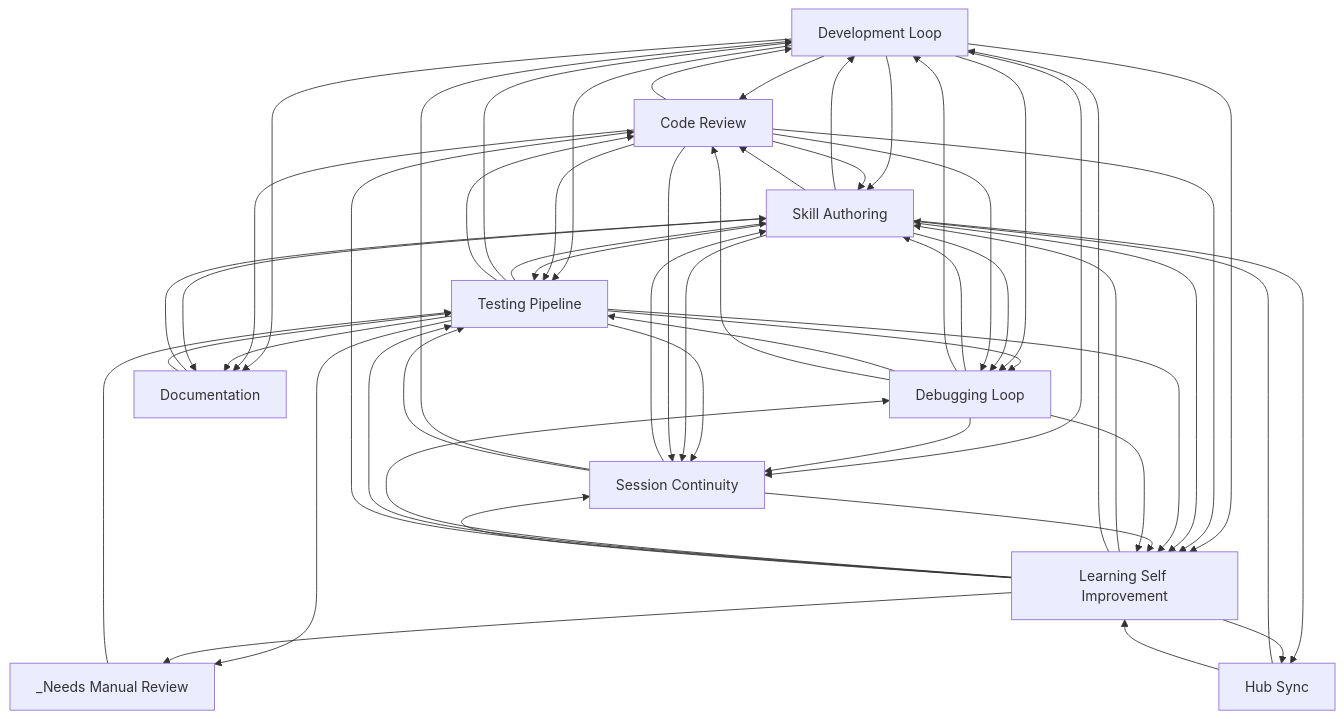
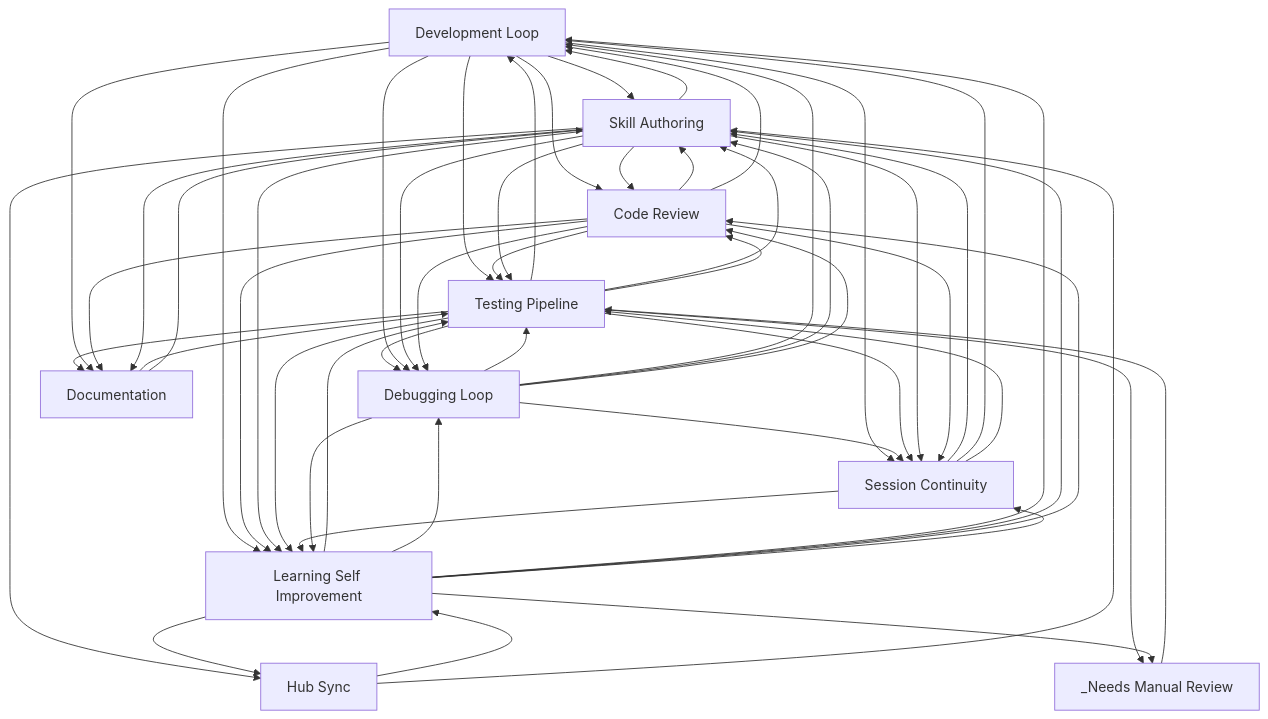
The diagram in docs/workflows/INDEX.md (abhayla/claude-best-practices), drawn with Mermaid before and after one commit. The commit also changed other lines of this file and 13 other files, not shown here.

````diff
--- a/docs/workflows/INDEX.md
+++ b/docs/workflows/INDEX.md
@@ -22,66 +22,66 @@
 ```mermaid
 graph TD
     development_loop[Development Loop]
     testing_pipeline[Testing Pipeline]
     debugging_loop[Debugging Loop]
     learning_self_improvement[Learning Self Improvement]
     session_continuity[Session Continuity]
     skill_authoring[Skill Authoring]
     code_review[Code Review]
     documentation[Documentation]
     hub_sync[Hub Sync]
     _needs_manual_review[_Needs Manual Review]
+    documentation --> testing_pipeline
     documentation --> skill_authoring
-    documentation --> testing_pipeline
+    development_loop --> skill_authoring
     development_loop --> code_review
-    development_loop --> skill_authoring
+    code_review --> skill_authoring
     code_review --> development_loop
-    code_review --> skill_authoring
     development_loop --> testing_pipeline
     development_loop --> learning_self_improvement
     code_review --> testing_pipeline
     code_review --> learning_self_improvement
+    testing_pipeline --> debugging_loop
+    testing_pipeline --> development_loop
     testing_pipeline --> skill_authoring
-    testing_pipeline --> development_loop
-    testing_pipeline --> debugging_loop
     testing_pipeline --> code_review
+    debugging_loop --> testing_pipeline
+    debugging_loop --> development_loop
     debugging_loop --> skill_authoring
-    debugging_loop --> development_loop
-    debugging_loop --> testing_pipeline
     debugging_loop --> code_review
     development_loop --> debugging_loop
     skill_authoring --> development_loop
     skill_authoring --> code_review
     skill_authoring --> testing_pipeline
     skill_authoring --> learning_self_improvement
+    testing_pipeline --> documentation
     development_loop --> documentation
     code_review --> documentation
-    testing_pipeline --> documentation
     development_loop --> session_continuity
     testing_pipeline --> _needs_manual_review
     debugging_loop --> session_continuity
     testing_pipeline --> session_continuity
     skill_authoring --> session_continuity
     skill_authoring --> debugging_loop
+    learning_self_improvement --> testing_pipeline
+    learning_self_improvement --> debugging_loop
+    learning_self_improvement --> development_loop
     learning_self_improvement --> skill_authoring
-    learning_self_improvement --> development_loop
-    learning_self_improvement --> debugging_loop
-    learning_self_improvement --> testing_pipeline
     learning_self_improvement --> code_review
     code_review --> debugging_loop
     testing_pipeline --> learning_self_improvement
+    learning_self_improvement --> session_continuity
     code_review --> session_continuity
-    learning_self_improvement --> session_continuity
+    session_continuity --> learning_self_improvement
     session_continuity --> skill_authoring
-    session_continuity --> learning_self_improvement
     session_continuity --> development_loop
     session_continuity --> testing_pipeline
     _needs_manual_review --> testing_pipeline
     skill_authoring --> hub_sync
     debugging_loop --> learning_self_improvement
     learning_self_improvement --> hub_sync
     learning_self_improvement --> _needs_manual_review
+    hub_sync --> learning_self_improvement
     hub_sync --> skill_authoring
-    hub_sync --> learning_self_improvement
     skill_authoring --> documentation
 ```
````
